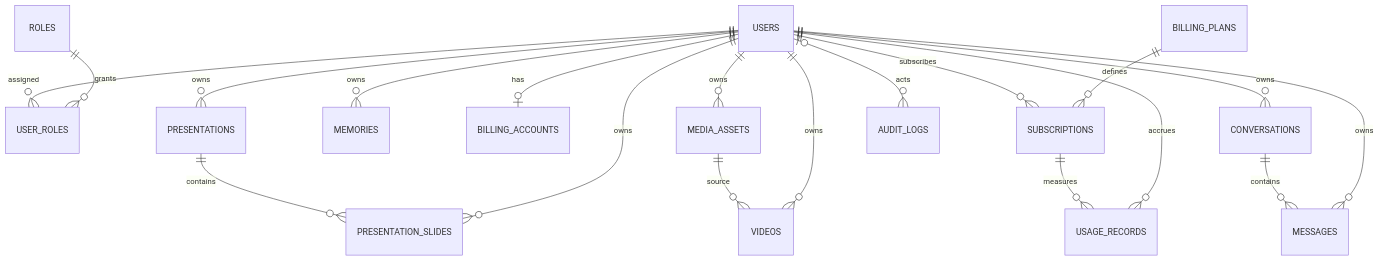
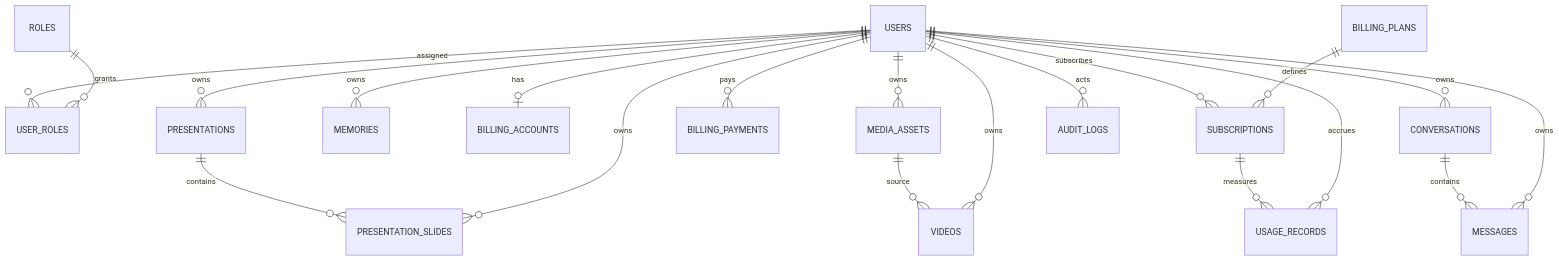
One commit to hihello70672/NGIT-AI-SOLUTION changed the diagram in docs/ERD.md. Above: the diagram before and after it, drawn with Mermaid. The commit also changed other lines of this file and 5 other files, not shown here.

Commit message:
fix(db): implement phase 1 schema migrations and isolation tests

````diff
--- a/docs/ERD.md
+++ b/docs/ERD.md
@@ -5,21 +10,22 @@
 ```mermaid
 erDiagram
   USERS ||--o{ USER_ROLES : assigned
   ROLES ||--o{ USER_ROLES : grants
   USERS ||--o{ CONVERSATIONS : owns
   CONVERSATIONS ||--o{ MESSAGES : contains
   USERS ||--o{ MESSAGES : owns
   USERS ||--o{ MEMORIES : owns
   USERS ||--o| BILLING_ACCOUNTS : has
   USERS ||--o{ SUBSCRIPTIONS : subscribes
   BILLING_PLANS ||--o{ SUBSCRIPTIONS : defines
   SUBSCRIPTIONS ||--o{ USAGE_RECORDS : measures
   USERS ||--o{ USAGE_RECORDS : accrues
+  USERS ||--o{ BILLING_PAYMENTS : pays
   USERS ||--o{ MEDIA_ASSETS : owns
   MEDIA_ASSETS ||--o{ VIDEOS : source
   USERS ||--o{ VIDEOS : owns
   USERS ||--o{ PRESENTATIONS : owns
   PRESENTATIONS ||--o{ PRESENTATION_SLIDES : contains
   USERS ||--o{ PRESENTATION_SLIDES : owns
-  USERS o|--o{ AUDIT_LOGS : acts
+  USERS ||--o{ AUDIT_LOGS : acts
 ```
````
